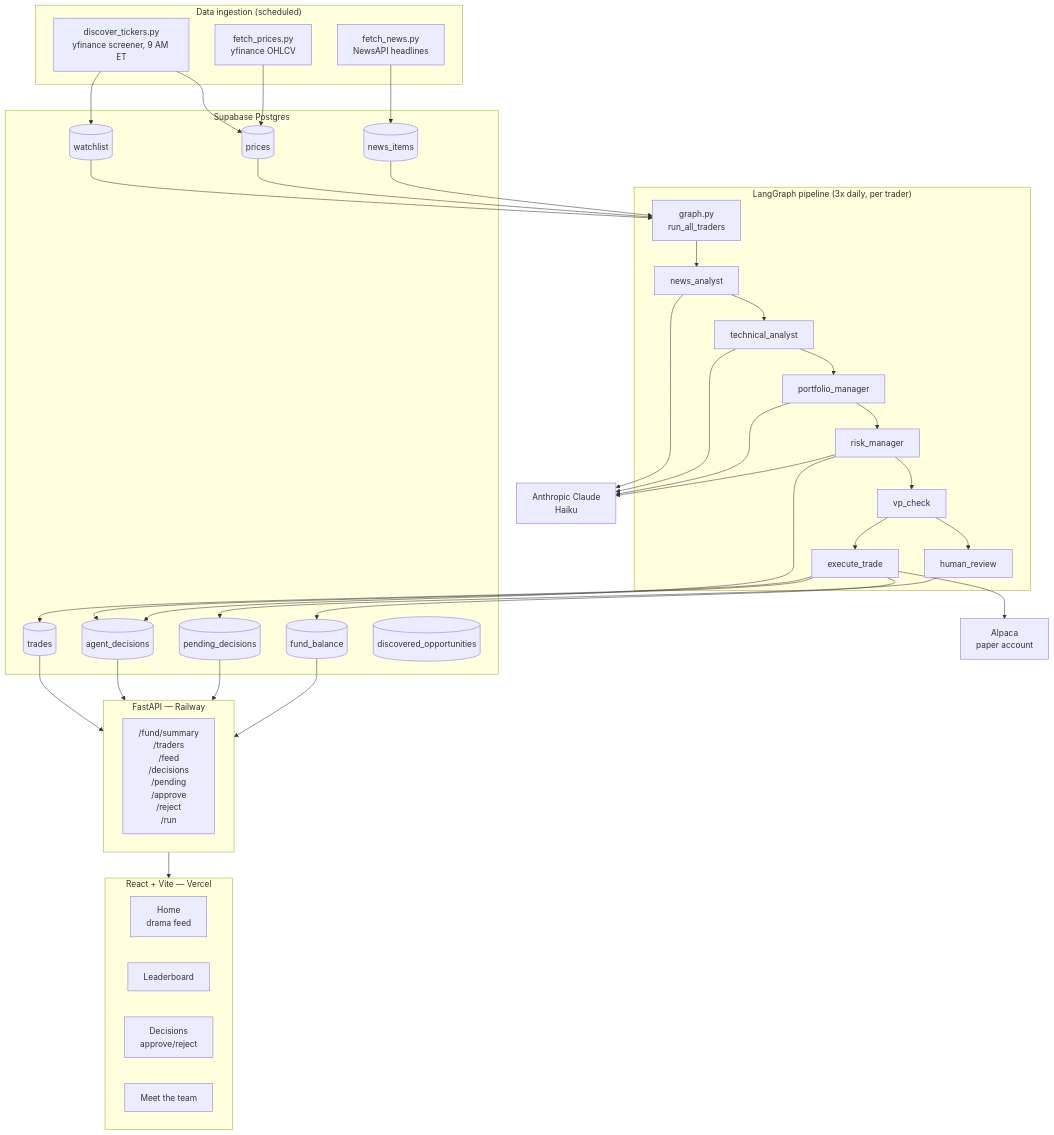
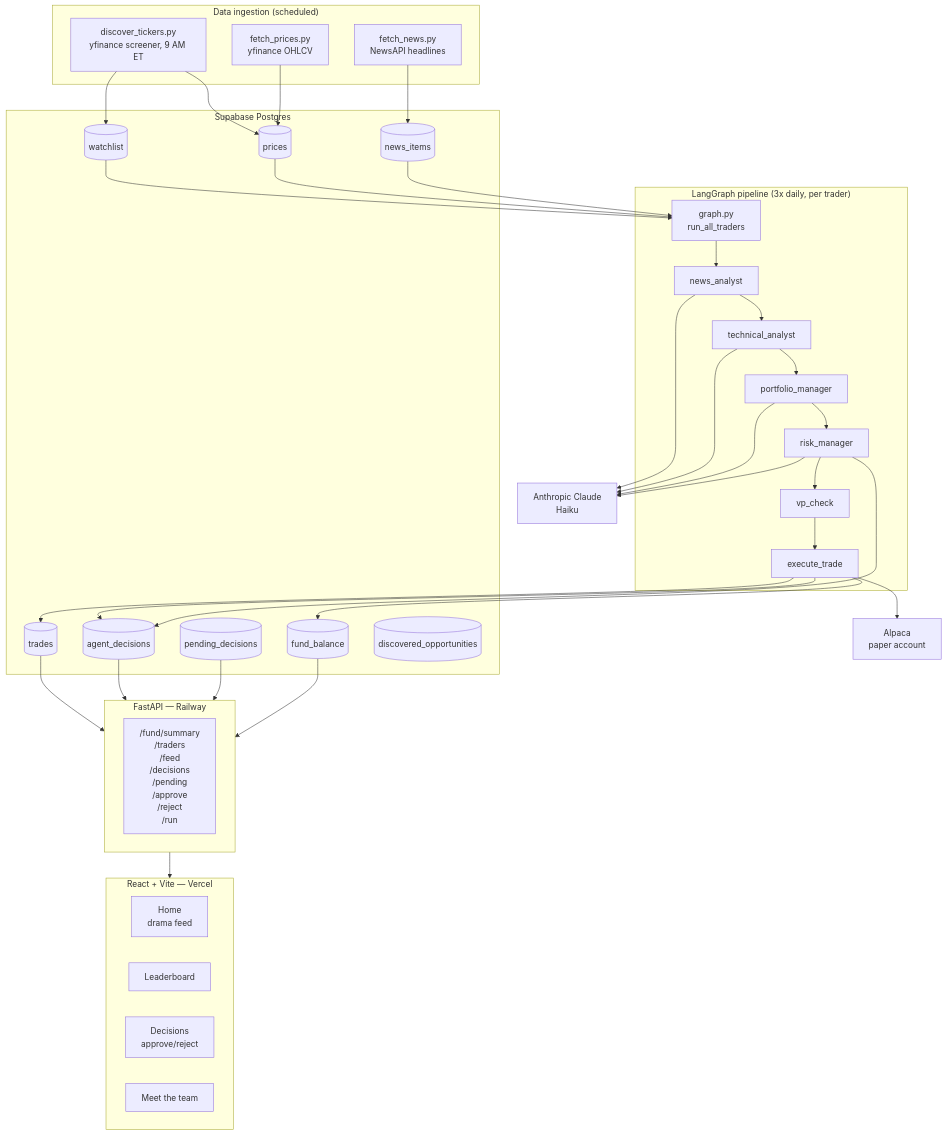
The second of 2 diagrams in readme.md (jeffdylansmith/hedge-fund-sim), drawn with Mermaid before and after one commit. The commit also changed other lines of this file, not shown here.

Commit message:
docs: rewrite README with architecture diagrams and system overview

````diff
--- a/readme.md
+++ b/readme.md
@@ -86,76 +85,72 @@
 ```mermaid
 flowchart TD
     subgraph Ingestion ["Data ingestion (scheduled)"]
         DT[discover_tickers.py\nyfinance screener, 9 AM ET]
         FP[fetch_prices.py\nyfinance OHLCV]
         FN[fetch_news.py\nNewsAPI headlines]
     end
 
     subgraph DB ["Supabase Postgres"]
         WL[(watchlist)]
         PR[(prices)]
         NW[(news_items)]
         AD[(agent_decisions)]
         TR[(trades)]
         PD[(pending_decisions)]
         FB[(fund_balance)]
         DO[(discovered_opportunities)]
     end
 
     subgraph Agents ["LangGraph pipeline (3x daily, per trader)"]
         G[graph.py\nrun_all_traders]
         NA[news_analyst]
         TA[technical_analyst]
         PM[portfolio_manager]
         RM[risk_manager]
         VP[vp_check]
         ET[execute_trade]
-        HR[human_review]
     end
 
     subgraph API ["FastAPI — Railway"]
         EP["/fund/summary\n/traders\n/feed\n/decisions\n/pending\n/approve\n/reject\n/run"]
     end
 
     subgraph FE ["React + Vite — Vercel"]
         HM[Home\ndrama feed]
         LB[Leaderboard]
         DC[Decisions\napprove/reject]
         TM[Meet the team]
     end
 
     ALP[Alpaca\npaper account]
     LLM[Anthropic Claude\nHaiku]
 
     DT --> WL
     DT --> PR
     FP --> PR
     FN --> NW
 
     WL --> G
     PR --> G
     NW --> G
 
-    G --> NA --> TA --> PM --> RM --> VP
-    VP --> ET
-    VP --> HR
+    G --> NA --> TA --> PM --> RM --> VP --> ET
 
     NA --> LLM
     TA --> LLM
     PM --> LLM
     RM --> LLM
 
     ET --> TR
     ET --> FB
     ET --> AD
-    HR --> PD
     RM --> AD
 
     TR --> API
     AD --> API
     PD --> API
     FB --> API
 
     API --> FE
     ET --> ALP
 ```
````
